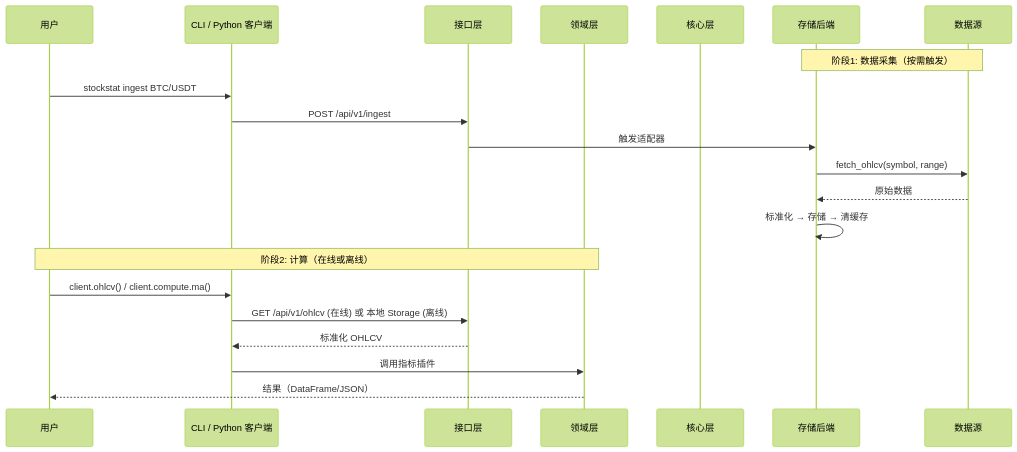
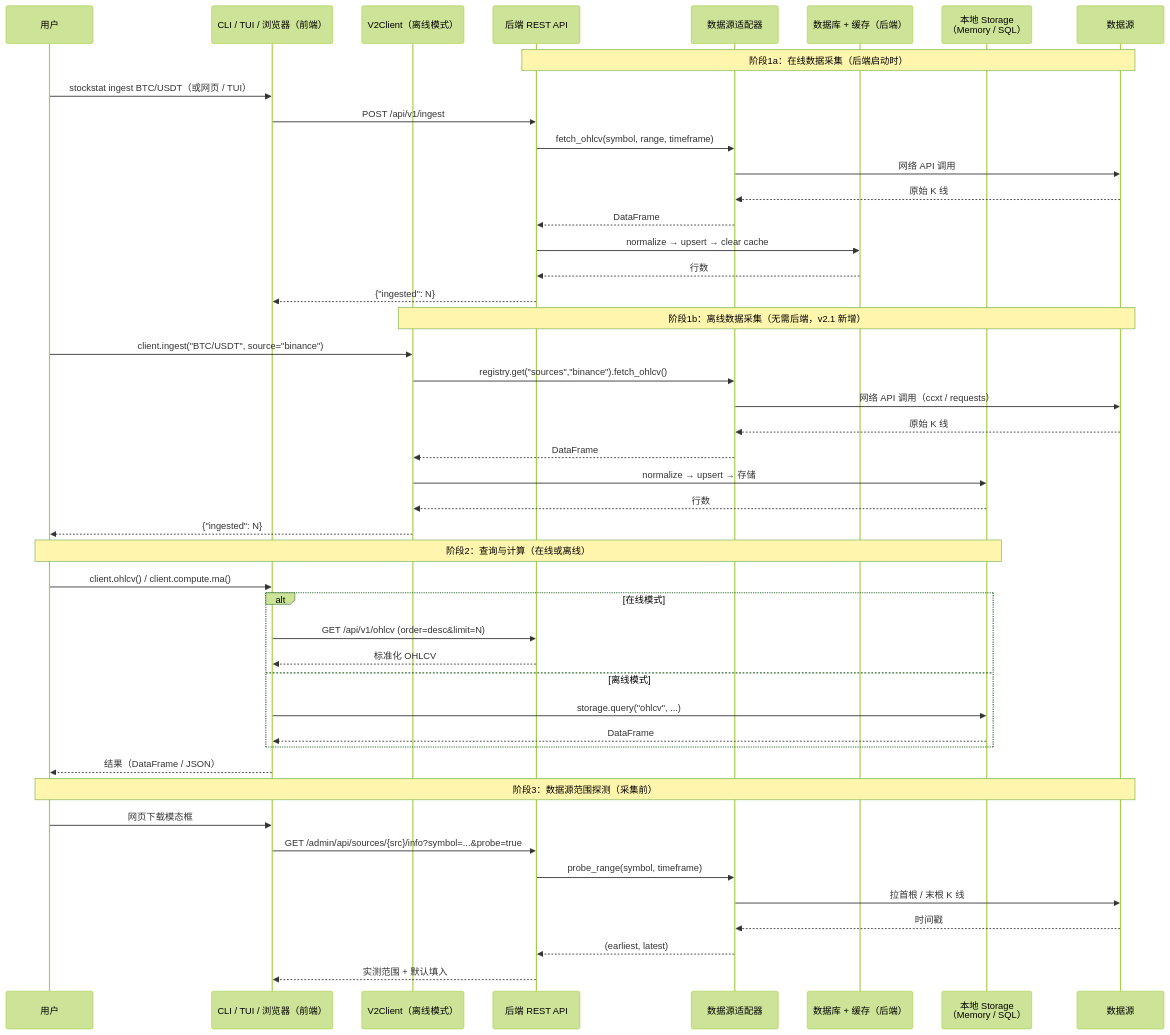
Before and after one commit to RESBI/StockStatistic: the third of 6 diagrams in DESIGN_CN.md, drawn with Mermaid (forest theme). The commit also changed other lines of this file and 24 other files, not shown here.

````diff
--- a/DESIGN_CN.md
+++ b/DESIGN_CN.md
@@ -168,25 +236,52 @@
 ```mermaid
 sequenceDiagram
     participant User as 用户
-    participant CLI as CLI / Python 客户端
-    participant API as 接口层
-    participant Domain as 领域层
-    participant Core as 核心层
-    participant BE as 存储后端
+    participant CLI as CLI / TUI / 浏览器（前端）
+    participant V2C as V2Client（离线模式）
+    participant BE_API as 后端 REST API
+    participant Adapter as 数据源适配器
+    participant DB as 数据库 + 缓存（后端）
+    participant LocalDB as 本地 Storage<br/>（Memory / SQL）
     participant Src as 数据源
 
-    Note over BE,Src: 阶段1: 数据采集（按需触发）
-    User->>CLI: stockstat ingest BTC/USDT
-    CLI->>API: POST /api/v1/ingest
-    API->>BE: 触发适配器
-    BE->>Src: fetch_ohlcv(symbol, range)
-    Src-->>BE: 原始数据
-    BE->>BE: 标准化 → 存储 → 清缓存
+    Note over BE_API,Src: 阶段1a：在线数据采集（后端启动时）
+    User->>CLI: stockstat ingest BTC/USDT（或网页 / TUI）
+    CLI->>BE_API: POST /api/v1/ingest
+    BE_API->>Adapter: fetch_ohlcv(symbol, range, timeframe)
+    Adapter->>Src: 网络 API 调用
+    Src-->>Adapter: 原始 K 线
+    Adapter-->>BE_API: DataFrame
+    BE_API->>DB: normalize → upsert → clear cache
+    DB-->>BE_API: 行数
+    BE_API-->>CLI: {"ingested": N}
 
-    Note over User,Domain: 阶段2: 计算（在线或离线）
+    Note over V2C,Src: 阶段1b：离线数据采集（无需后端，v2.1 新增）
+    User->>V2C: client.ingest("BTC/USDT", source="binance")
+    V2C->>Adapter: registry.get("sources","binance").fetch_ohlcv()
+    Adapter->>Src: 网络 API 调用（ccxt / requests）
+    Src-->>Adapter: 原始 K 线
+    Adapter-->>V2C: DataFrame
+    V2C->>LocalDB: normalize → upsert → 存储
+    LocalDB-->>V2C: 行数
+    V2C-->>User: {"ingested": N}
+
+    Note over User,LocalDB: 阶段2：查询与计算（在线或离线）
     User->>CLI: client.ohlcv() / client.compute.ma()
-    CLI->>API: GET /api/v1/ohlcv (在线) 或 本地 Storage (离线)
-    API-->>CLI: 标准化 OHLCV
-    CLI->>Domain: 调用指标插件
-    Domain-->>User: 结果（DataFrame/JSON）
+    alt 在线模式
+        CLI->>BE_API: GET /api/v1/ohlcv (order=desc&limit=N)
+        BE_API-->>CLI: 标准化 OHLCV
+    else 离线模式
+        CLI->>LocalDB: storage.query("ohlcv", ...)
+        LocalDB-->>CLI: DataFrame
+    end
+    CLI-->>User: 结果（DataFrame / JSON）
+
+    Note over User,Src: 阶段3：数据源范围探测（采集前）
+    User->>CLI: 网页下载模态框
+    CLI->>BE_API: GET /admin/api/sources/{src}/info?symbol=...&probe=true
+    BE_API->>Adapter: probe_range(symbol, timeframe)
+    Adapter->>Src: 拉首根 / 末根 K 线
+    Src-->>Adapter: 时间戳
+    Adapter-->>BE_API: (earliest, latest)
+    BE_API-->>CLI: 实测范围 + 默认填入
 ```
````
